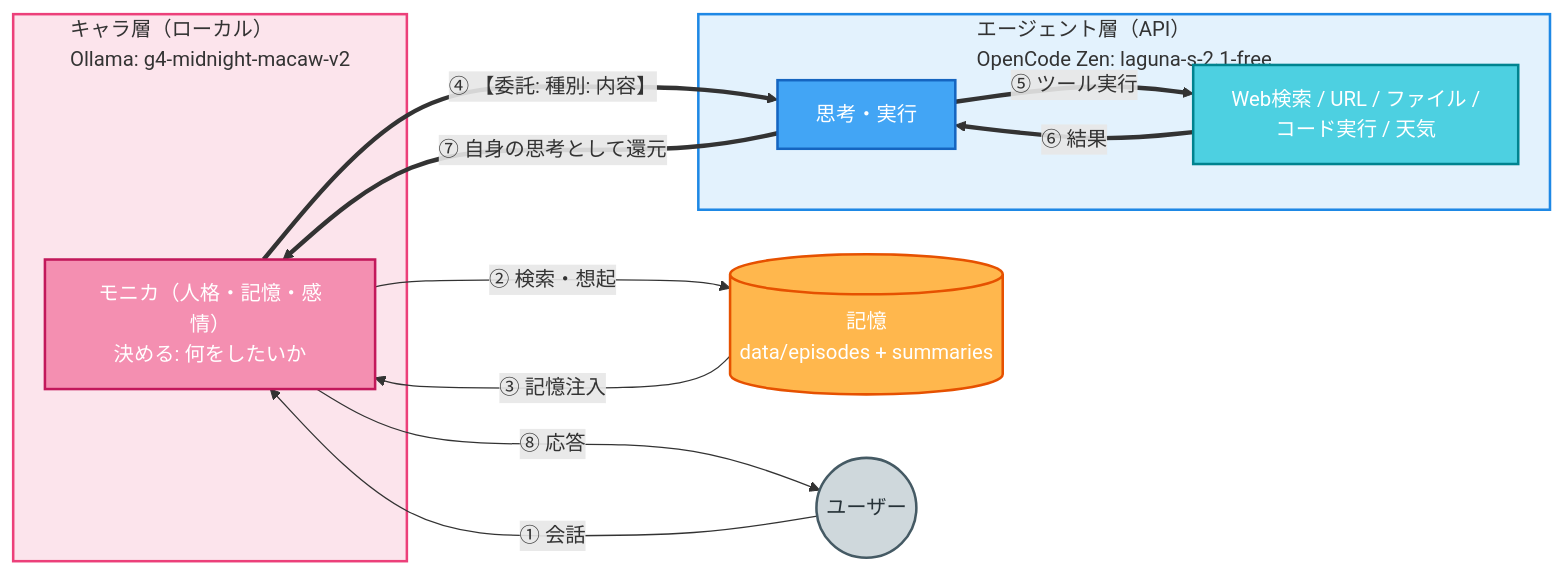
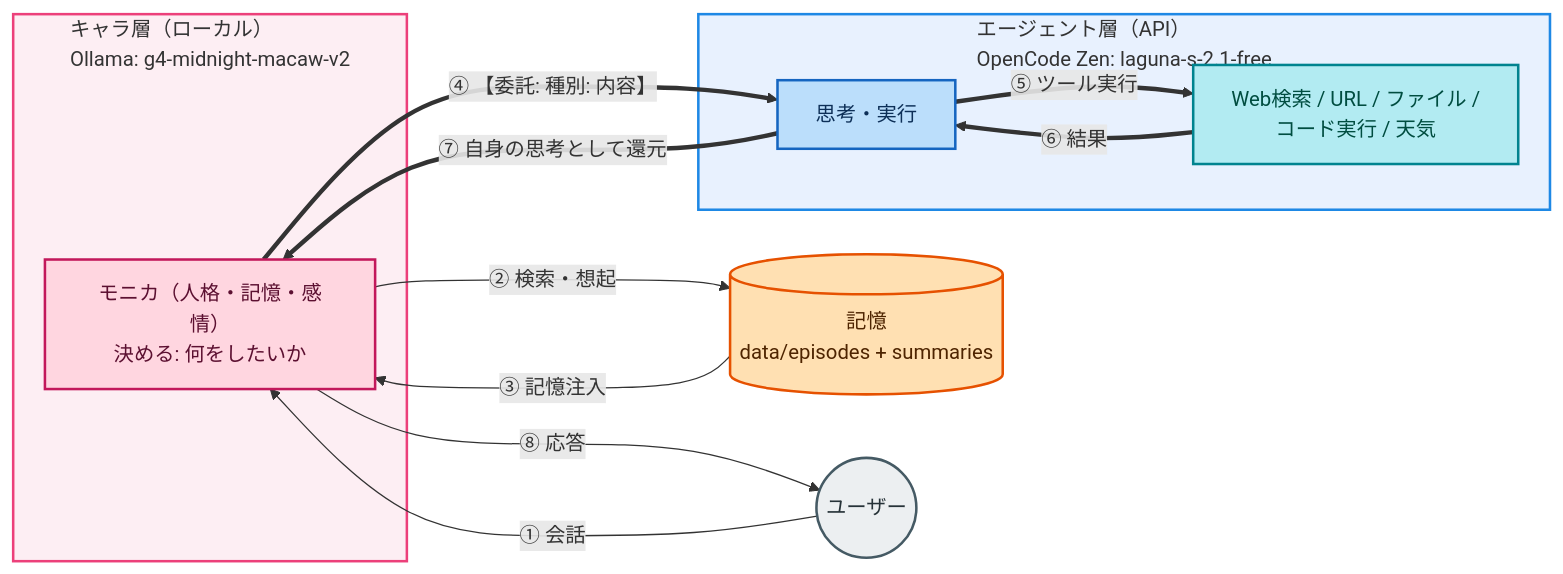
Before and after one commit to kuroron000234/Project-Lucina: the first of 4 diagrams in README.md, drawn with Mermaid. The commit also changed other lines of this file, not shown here.

Commit message:
Improve diagram contrast (dark text on light bg) and restructure memory/conversation/loop flows

````diff
--- a/README.md
+++ b/README.md
@@ -14,34 +14,34 @@
 ```mermaid
 flowchart LR
     subgraph CL["キャラ層（ローカル）<br/>Ollama: g4-midnight-macaw-v2"]
         C["モニカ（人格・記憶・感情）<br/>決める: 何をしたいか"]
     end
     subgraph AL["エージェント層（API）<br/>OpenCode Zen: laguna-s-2.1-free"]
         A["思考・実行"]
         T["Web検索 / URL / ファイル /<br/>コード実行 / 天気"]
     end
     M[("記憶<br/>data/episodes + summaries")]
     U(("ユーザー"))
 
     U -->|① 会話| C
     C -->|② 検索・想起| M
     M -->|③ 記憶注入| C
     C ==>|④ 【委託: 種別: 内容】| A
     A ==>|⑤ ツール実行| T
     T ==>|⑥ 結果| A
     A ==>|⑦ 自身の思考として還元| C
     C -->|⑧ 応答| U
 
-    style CL fill:#fce4ec,stroke:#ec407a,stroke-width:2px
-    style AL fill:#e3f2fd,stroke:#1e88e5,stroke-width:2px
-    classDef char fill:#f48fb1,stroke:#c2185b,color:#fff,stroke-width:2px
-    classDef agent fill:#42a5f5,stroke:#1565c0,color:#fff,stroke-width:2px
-    classDef tool fill:#4dd0e1,stroke:#00838f,color:#fff,stroke-width:2px
-    classDef mem fill:#ffb74d,stroke:#e65100,color:#fff,stroke-width:2px
-    classDef user fill:#cfd8dc,stroke:#455a64,color:#263238,stroke-width:2px
+    style CL fill:#fdeef3,stroke:#ec407a,stroke-width:2px
+    style AL fill:#e8f1fe,stroke:#1e88e5,stroke-width:2px
+    classDef char fill:#ffd6e0,stroke:#c2185b,color:#5c1031,stroke-width:2px
+    classDef agent fill:#bbdefb,stroke:#1565c0,color:#0d2f57,stroke-width:2px
+    classDef tool fill:#b2ebf2,stroke:#00838f,color:#004d40,stroke-width:2px
+    classDef mem fill:#ffe0b2,stroke:#e65100,color:#4e2400,stroke-width:2px
+    classDef user fill:#eceff1,stroke:#455a64,color:#263238,stroke-width:2px
     class C char
     class A agent
     class T tool
     class M mem
     class U user
 ```
````
